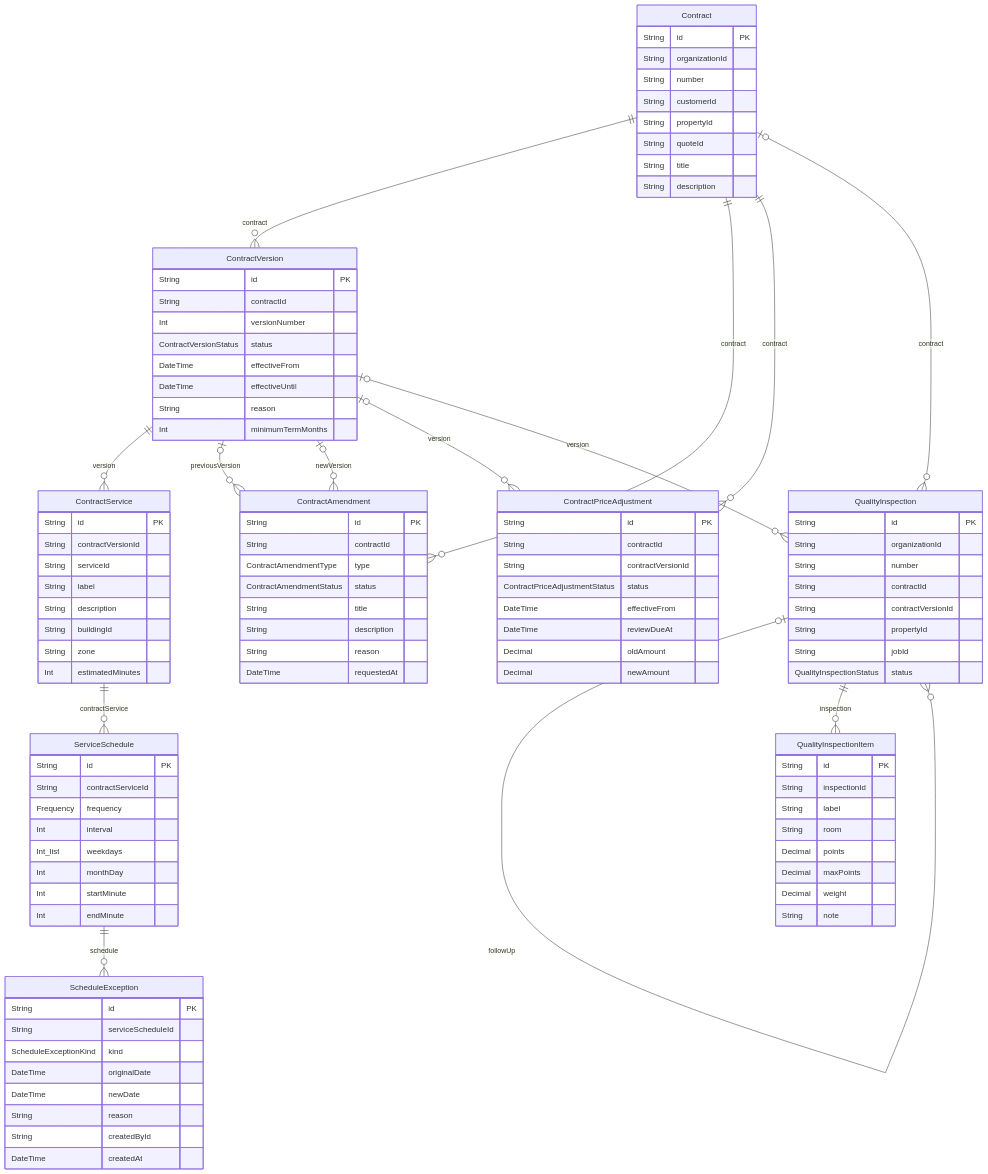
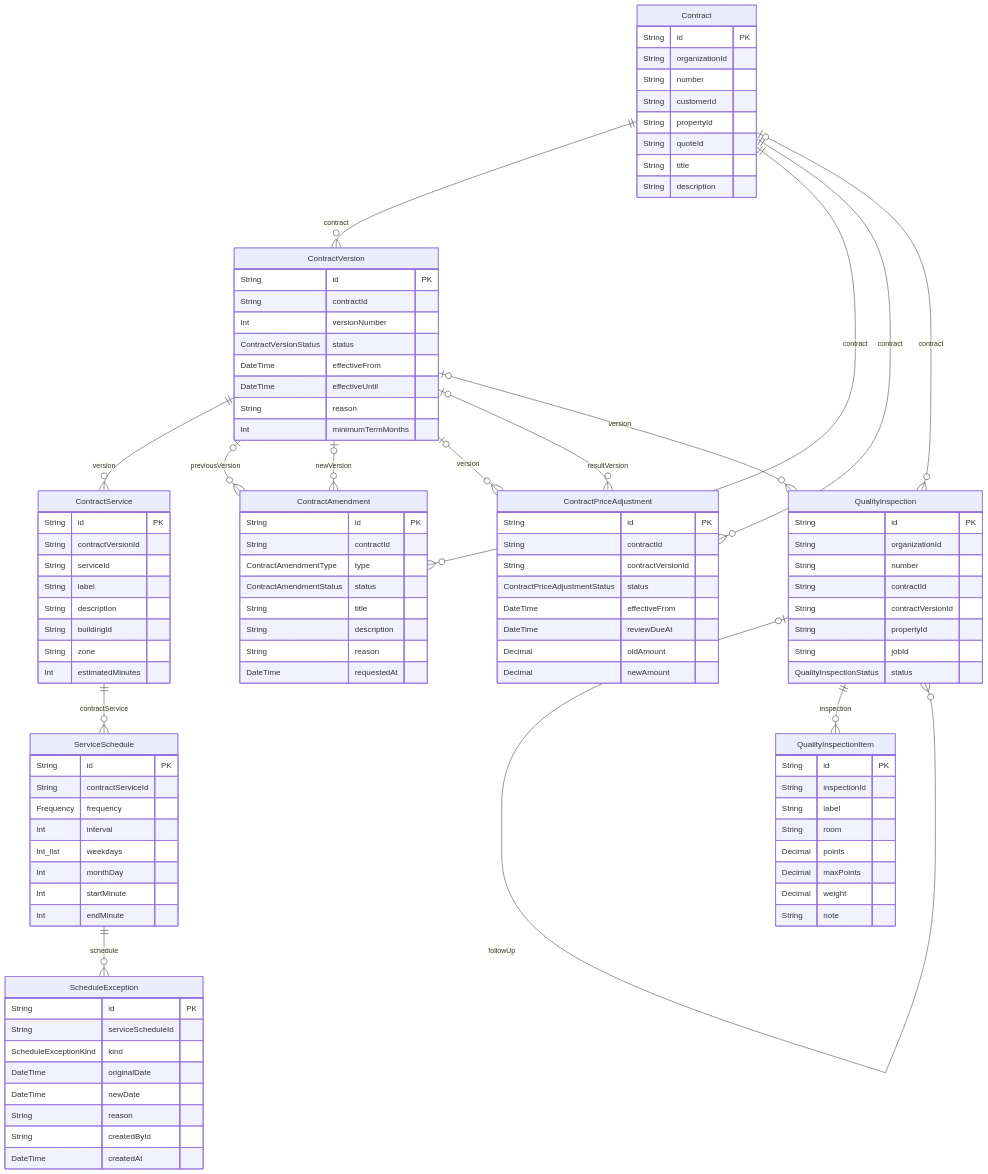
Before and after one commit to javadqasemi/Clenaris: the eighth of 14 diagrams in docs/DATABASE.md, drawn with Mermaid. The commit also changed other lines of this file and 3 other files, not shown here.

```diff
--- a/docs/DATABASE.md
+++ b/docs/DATABASE.md
@@ -764,6 +764,7 @@
   ContractVersion |o--o{ ContractAmendment : "newVersion"
   Contract ||--o{ ContractPriceAdjustment : "contract"
   ContractVersion |o--o{ ContractPriceAdjustment : "version"
+  ContractVersion |o--o{ ContractPriceAdjustment : "resultVersion"
   Contract |o--o{ QualityInspection : "contract"
   ContractVersion |o--o{ QualityInspection : "version"
   QualityInspection |o--|| QualityInspection : "followUpOf"
```
